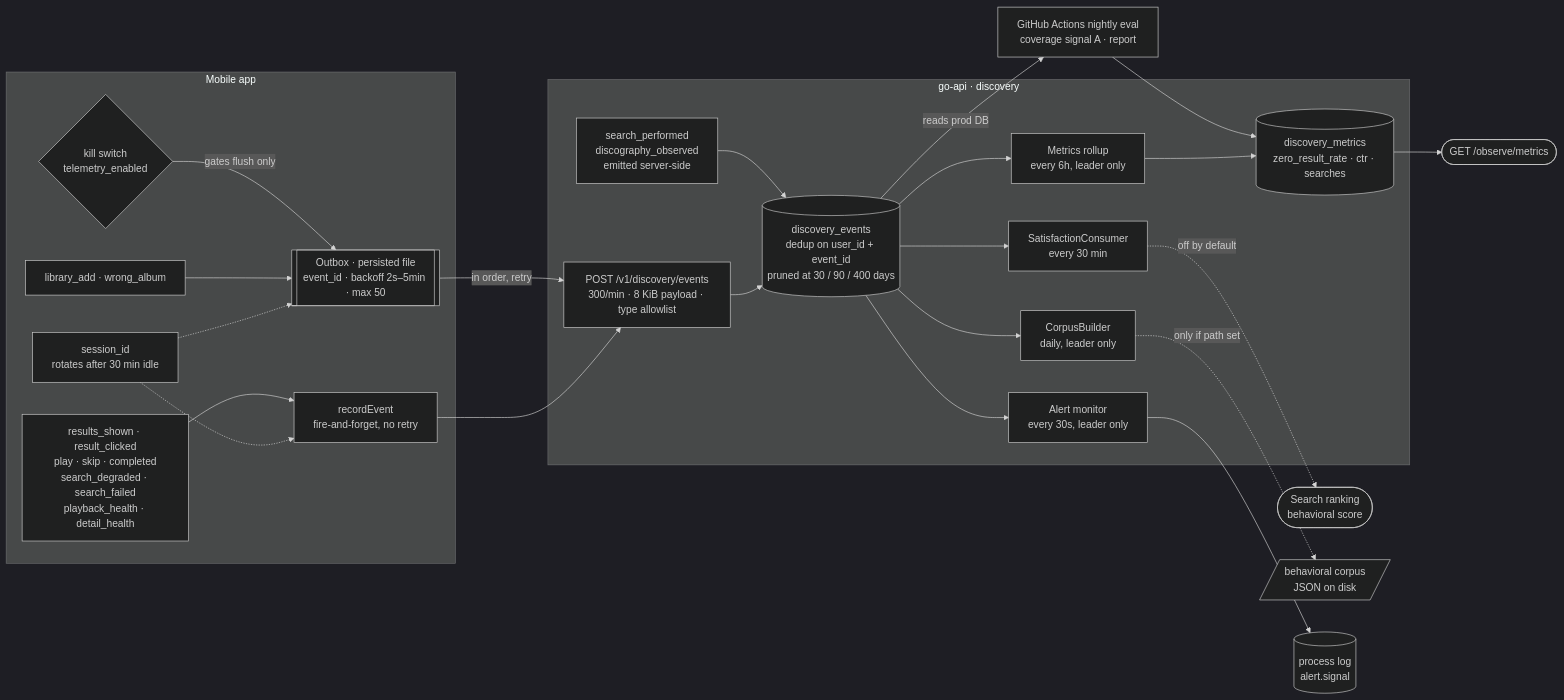
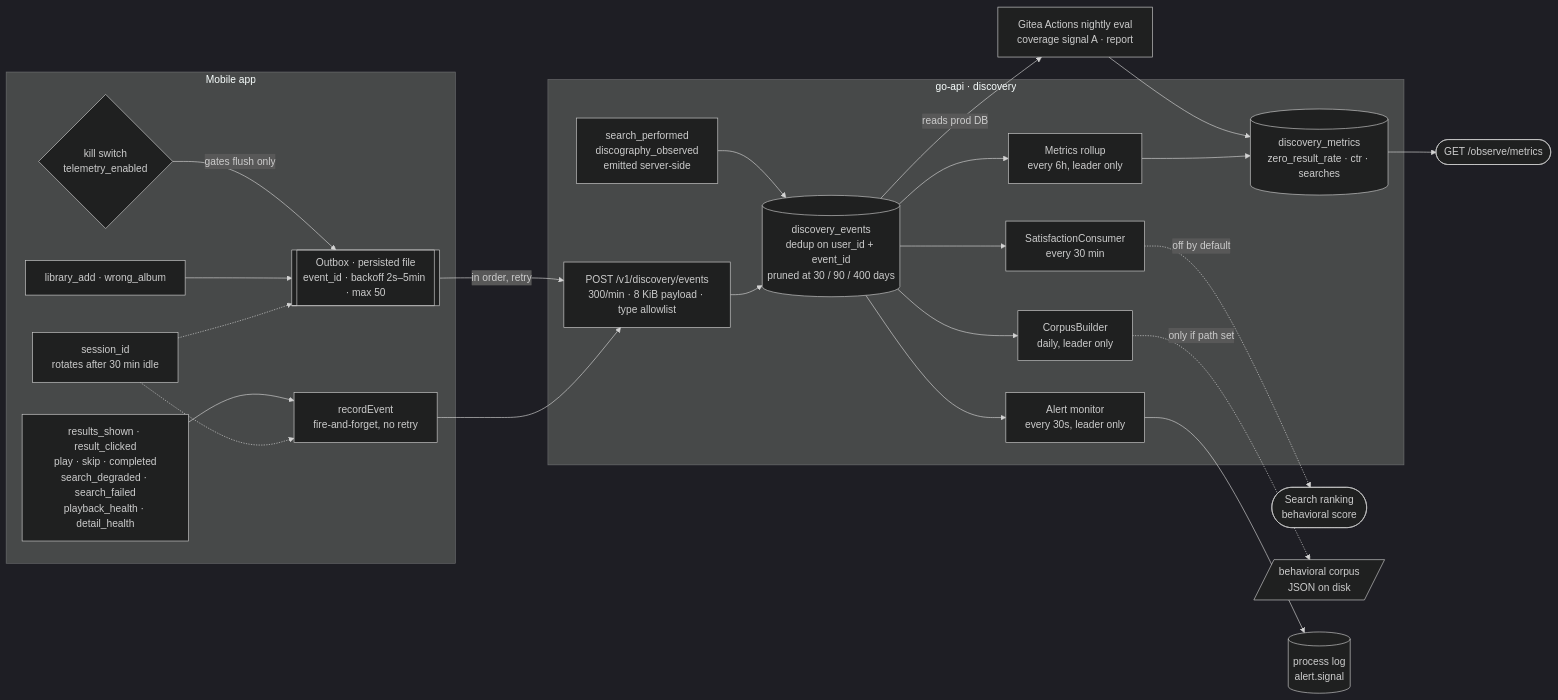
The first of 2 diagrams in docs/diagrams/telemetry.md (aleburrascano/altune), drawn with Mermaid (dark theme) before and after one commit. The commit also changed other lines of this file and 3 other files, not shown here.

Commit message:
tooling(ci): drop duplicate eval gate, schedule nightly, enforce ratchet (#2321)

````diff
--- a/docs/diagrams/telemetry.md
+++ b/docs/diagrams/telemetry.md
@@ -7,42 +7,42 @@
 ```mermaid
 flowchart LR
     subgraph app [Mobile app]
         emitters["results_shown · result_clicked<br/>play · skip · completed<br/>search_degraded · search_failed<br/>playback_health · detail_health"]
         critical["library_add · wrong_album"]
         session["session_id<br/>rotates after 30 min idle"]
         ff["recordEvent<br/>fire-and-forget, no retry"]
         outbox[["Outbox · persisted file<br/>event_id · backoff 2s–5min · max 50"]]
         ks{"kill switch<br/>telemetry_enabled"}
     end
 
     subgraph api [go-api · discovery]
         ingest["POST /v1/discovery/events<br/>300/min · 8 KiB payload · type allowlist"]
         server_emit["search_performed<br/>discography_observed<br/>emitted server-side"]
         events[("discovery_events<br/>dedup on user_id + event_id<br/>pruned at 30 / 90 / 400 days")]
         sat["SatisfactionConsumer<br/>every 30 min"]
         rollup["Metrics rollup<br/>every 6h, leader only"]
         corpus["CorpusBuilder<br/>daily, leader only"]
         alert["Alert monitor<br/>every 30s, leader only"]
         metrics[("discovery_metrics<br/>zero_result_rate · ctr · searches")]
     end
 
     ranking(["Search ranking<br/>behavioral score"])
     corpusfile[/"behavioral corpus<br/>JSON on disk"/]
     observem(["GET /observe/metrics"])
     logs[("process log<br/>alert.signal")]
-    nightly["GitHub Actions nightly eval<br/>coverage signal A · report"]
+    nightly["Gitea Actions nightly eval<br/>coverage signal A · report"]
 
     session -.-> ff & outbox
     emitters --> ff --> ingest
     critical --> outbox
     ks -->|gates flush only| outbox
     outbox -->|in order, retry| ingest
     ingest --> events
     server_emit --> events
     events --> sat -.->|off by default| ranking
     events --> rollup --> metrics --> observem
     events --> corpus -.->|only if path set| corpusfile
     events --> alert --> logs
     events -->|reads prod DB| nightly
     nightly --> metrics
 ```
````
